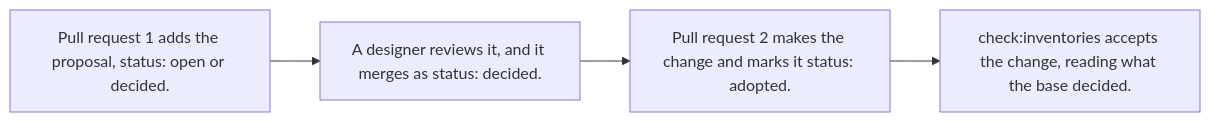
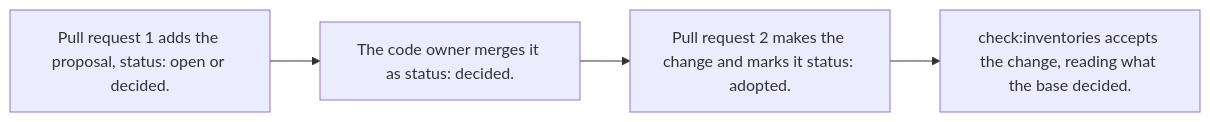
One commit to tounsoo/agent-design-loop changed the seventh of 7 diagrams in packages/harness/docs/how-it-works.md. Above: the diagram before and after it, drawn with Mermaid. The commit also changed other lines of this file and 31 other files, not shown here.

````diff
--- a/packages/harness/docs/how-it-works.md
+++ b/packages/harness/docs/how-it-works.md
@@ -416,8 +422,8 @@
 ```mermaid
 flowchart LR
   open["Pull request 1 adds the proposal, status: open or decided."]
-  review["A designer reviews it, and it merges as status: decided."]
+  review["The code owner merges it as status: decided."]
   change["Pull request 2 makes the change and marks it status: adopted."]
   accept["check:inventories accepts the change, reading what the base decided."]
   open --> review --> change --> accept
 ```
````
